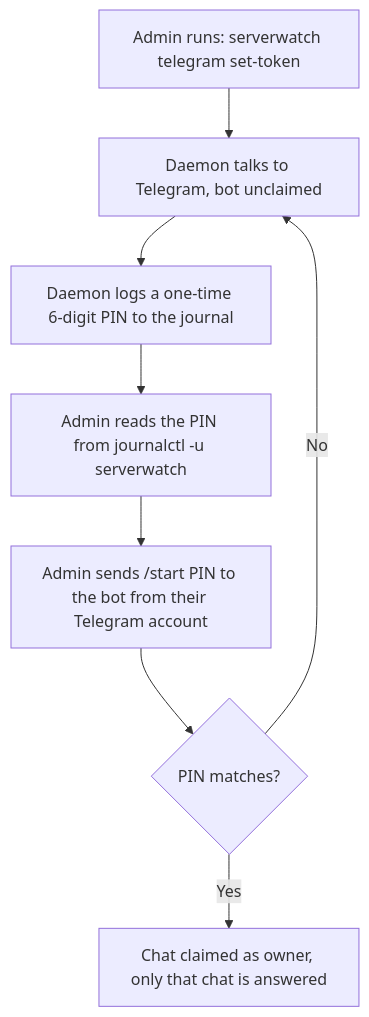
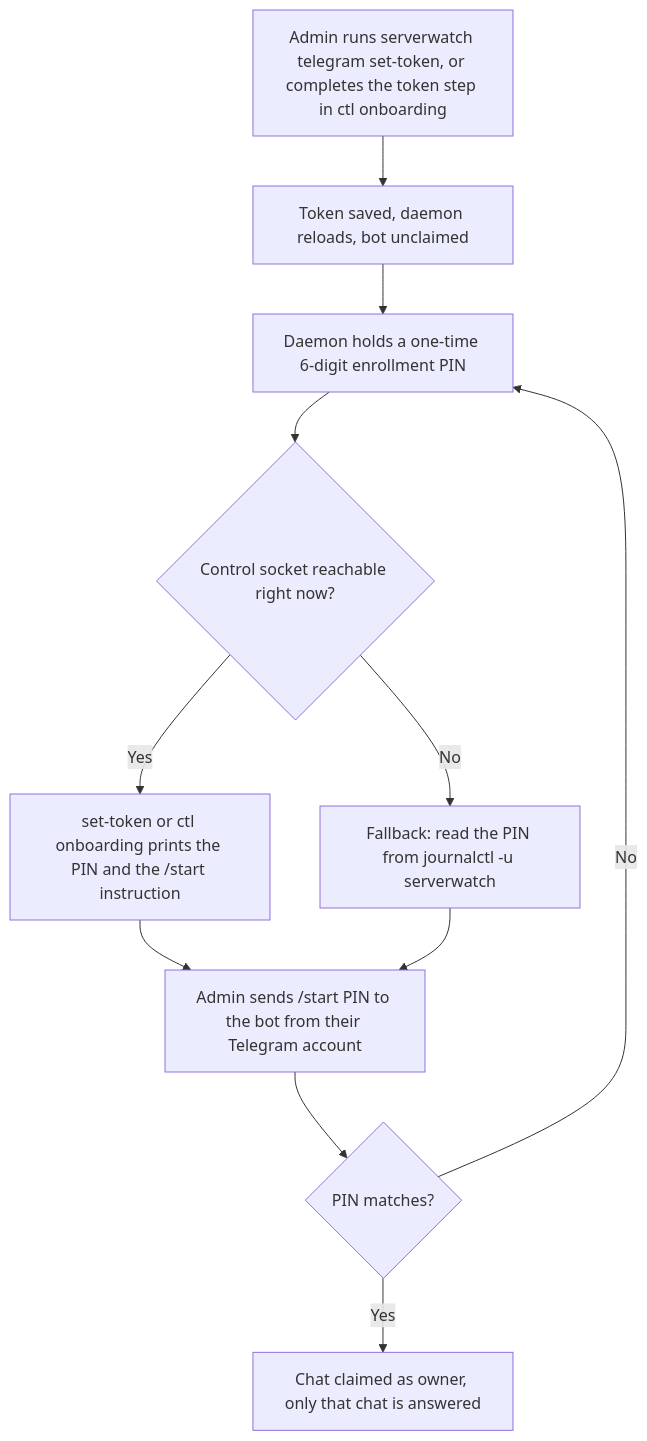
One commit to InfoDiveLabs/trinetra changed the diagram in docs/handbook/03-installation.md. Above: the diagram before and after it, drawn with Mermaid. The commit also changed other lines of this file and 3 other files, not shown here.

Commit message:
docs: ctl-first management with a daemon-only config side reference

````diff
--- a/docs/handbook/03-installation.md
+++ b/docs/handbook/03-installation.md
@@ -279,10 +287,13 @@
 ```mermaid
 flowchart TD
-  a[Admin runs: serverwatch telegram set-token] --> b[Daemon talks to Telegram, bot unclaimed]
-  b --> c[Daemon logs a one-time 6-digit PIN to the journal]
-  c --> d[Admin reads the PIN from journalctl -u serverwatch]
-  d --> e[Admin sends /start PIN to the bot from their Telegram account]
-  e --> f{PIN matches?}
-  f -->|Yes| g[Chat claimed as owner, only that chat is answered]
-  f -->|No| b
+  a[Admin runs serverwatch telegram set-token, or completes the token step in ctl onboarding] --> b[Token saved, daemon reloads, bot unclaimed]
+  b --> c[Daemon holds a one-time 6-digit enrollment PIN]
+  c --> d{Control socket reachable right now?}
+  d -->|Yes| e[set-token or ctl onboarding prints the PIN and the /start instruction]
+  d -->|No| f[Fallback: read the PIN from journalctl -u serverwatch]
+  e --> g[Admin sends /start PIN to the bot from their Telegram account]
+  f --> g
+  g --> h{PIN matches?}
+  h -->|Yes| i[Chat claimed as owner, only that chat is answered]
+  h -->|No| c
 ```
````
